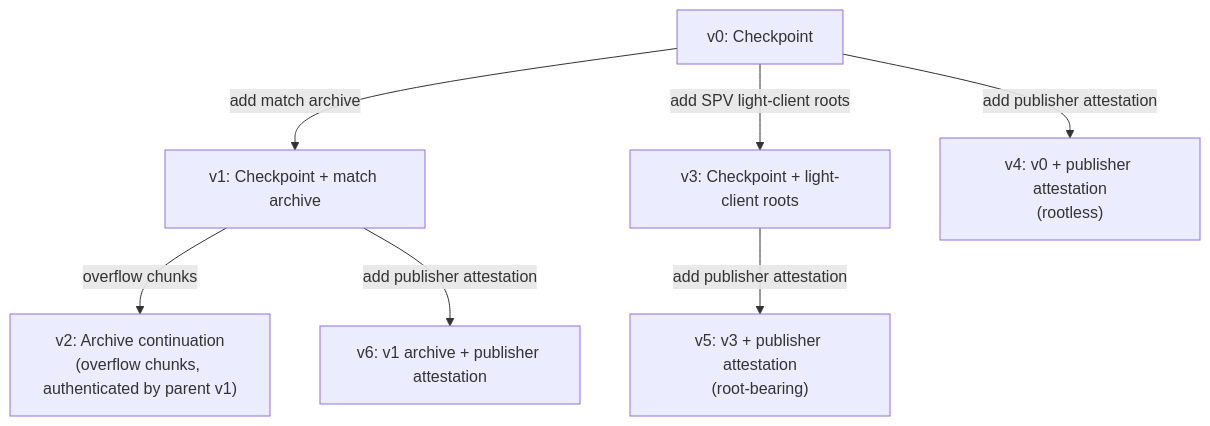
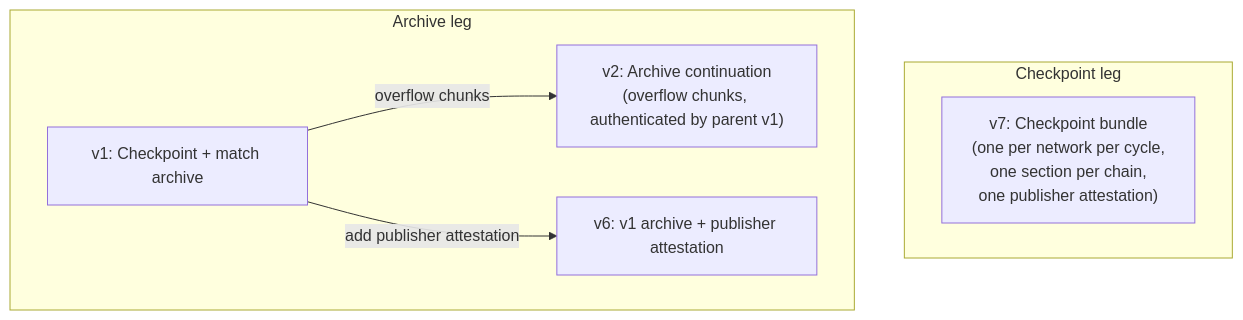
Before and after one commit to XChain-Platform/xchain-documentation: the first of 3 diagrams in protocol/actions/anchor.md, drawn with Mermaid. The commit also changed other lines of this file and 15 other files, not shown here.

First line of the commit message:
docs: ANCHOR v7, the per-network checkpoint bundle, replaces the per-chain anchor versions

````diff
--- a/protocol/actions/anchor.md
+++ b/protocol/actions/anchor.md
@@ -38,17 +29,13 @@
 ```mermaid
 flowchart TD
-    v0["v0: Checkpoint"]
-    v1["v1: Checkpoint + match archive"]
-    v2["v2: Archive continuation<br>(overflow chunks, authenticated by parent v1)"]
-    v3["v3: Checkpoint + light-client roots"]
-    v4["v4: v0 + publisher attestation<br>(rootless)"]
-    v5["v5: v3 + publisher attestation<br>(root-bearing)"]
-    v6["v6: v1 archive + publisher attestation"]
-
-    v0 -->|"add match archive"| v1
-    v1 -->|"overflow chunks"| v2
-    v0 -->|"add SPV light-client roots"| v3
-    v0 -->|"add publisher attestation"| v4
-    v3 -->|"add publisher attestation"| v5
-    v1 -->|"add publisher attestation"| v6
+    subgraph CP["Checkpoint leg"]
+      v7["v7: Checkpoint bundle<br>(one per network per cycle,<br>one section per chain,<br>one publisher attestation)"]
+    end
+    subgraph AR["Archive leg"]
+      v1["v1: Checkpoint + match archive"]
+      v2["v2: Archive continuation<br>(overflow chunks, authenticated by parent v1)"]
+      v6["v6: v1 archive + publisher attestation"]
+      v1 -->|"overflow chunks"| v2
+      v1 -->|"add publisher attestation"| v6
+    end
 ```
````
